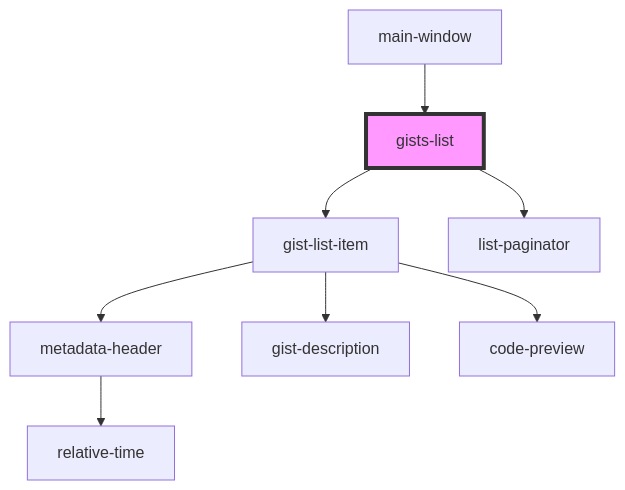
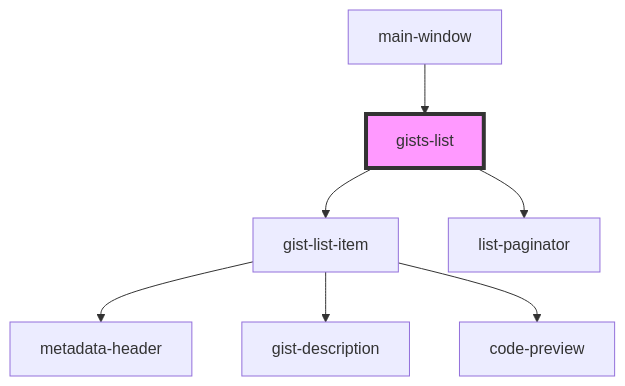
The diagram in src/components/gists-list/readme.md (kstanyslaw/lghpgp-components-library), drawn with Mermaid before and after one commit. The commit also changed 9 other files, not shown here.

Commit message:
refactor(metadata-header): remove unnecessary child comonent, add docs comments

````diff
--- a/src/components/gists-list/readme.md
+++ b/src/components/gists-list/readme.md
@@ -33,11 +33,10 @@
 ```mermaid
 graph TD;
   gists-list --> gist-list-item
   gists-list --> list-paginator
   gist-list-item --> metadata-header
   gist-list-item --> gist-description
   gist-list-item --> code-preview
-  metadata-header --> relative-time
   main-window --> gists-list
   style gists-list fill:#f9f,stroke:#333,stroke-width:4px
 ```
````
